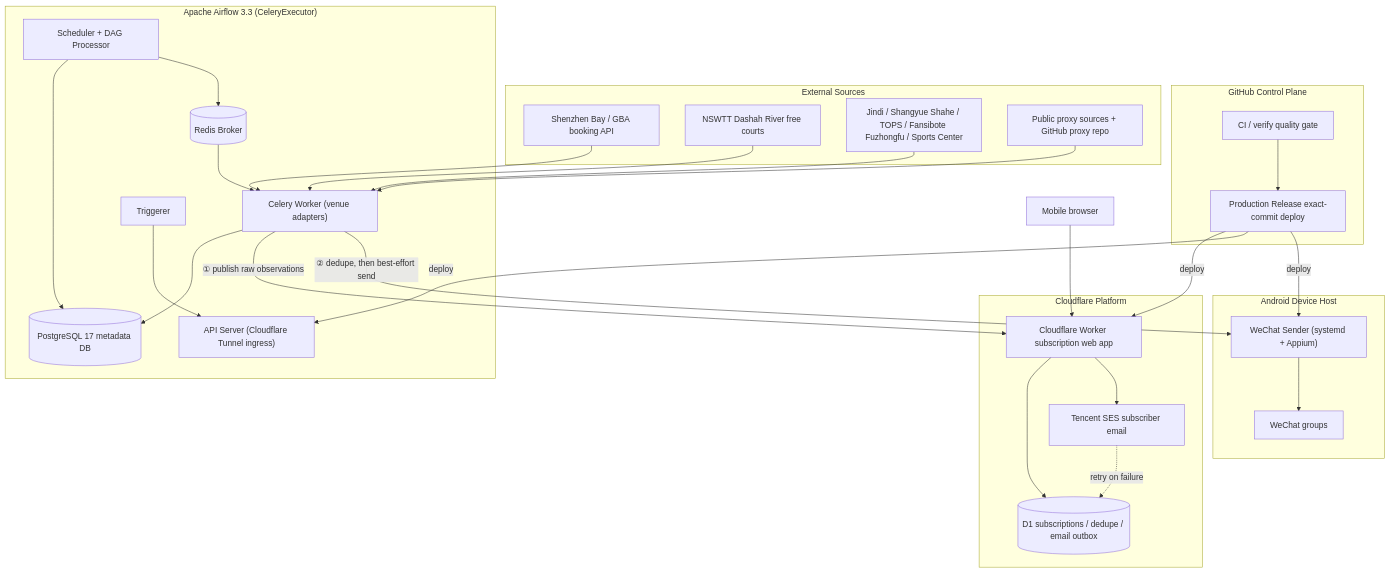
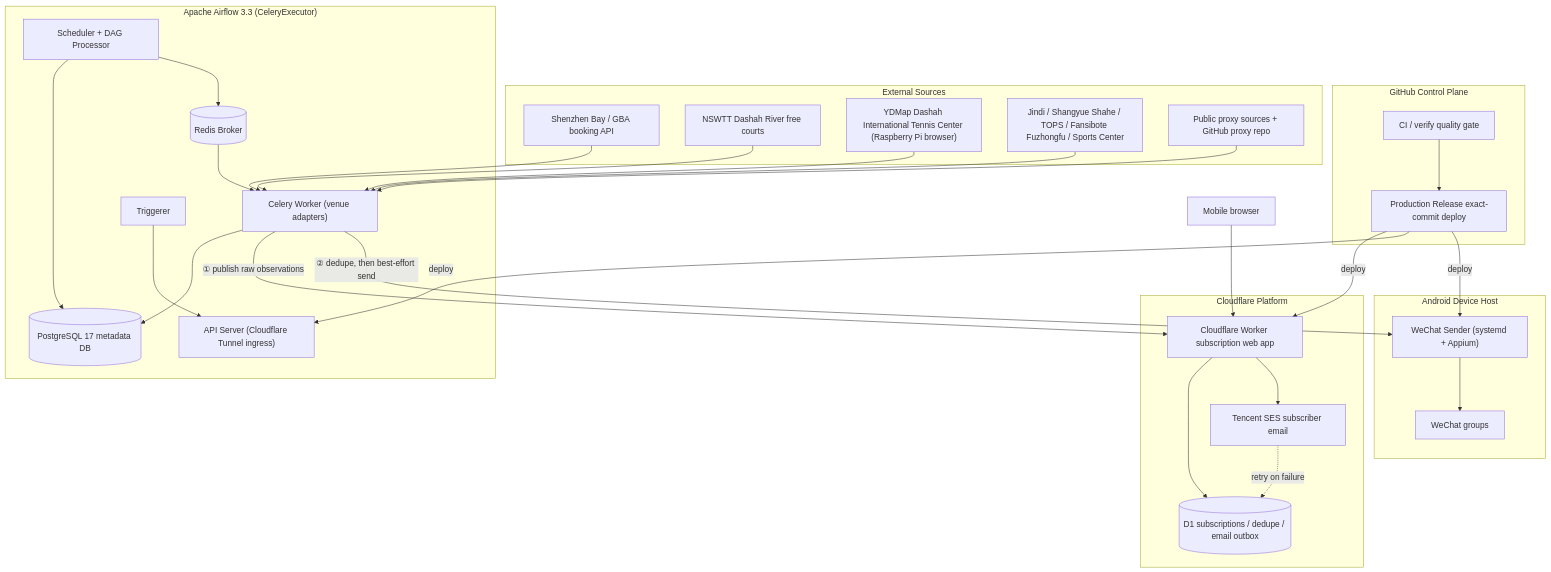
One commit to claude89757/wechat-on-airflow changed the diagram in README.en.md. Above: the diagram before and after it, drawn with Mermaid. The commit also changed other lines of this file and 40 other files, not shown here.

````diff
--- a/README.en.md
+++ b/README.en.md
@@ -24,58 +24,60 @@
 ```mermaid
 flowchart TB
     subgraph control["GitHub Control Plane"]
         CI["CI / verify quality gate"]
         Release["Production Release exact-commit deploy"]
         CI --> Release
     end
 
     subgraph sources["External Sources"]
         SZ["Shenzhen Bay / GBA booking API"]
         NSWTT["NSWTT Dashah River free courts"]
+        YDMAP["YDMap Dashah International Tennis Center (Raspberry Pi browser)"]
         VENUES["Jindi / Shangyue Shahe / TOPS / Fansibote Fuzhongfu / Sports Center"]
         PROXY["Public proxy sources + GitHub proxy repo"]
     end
 
     subgraph airflow["Apache Airflow 3.3 (CeleryExecutor)"]
         Scheduler["Scheduler + DAG Processor"]
         Worker["Celery Worker (venue adapters)"]
         Triggerer["Triggerer"]
         DB[("PostgreSQL 17 metadata DB")]
         Redis[("Redis Broker")]
         ApiSrv["API Server (Cloudflare Tunnel ingress)"]
         Scheduler --> DB
         Scheduler --> Redis
         Redis --> Worker
         Worker --> DB
         Triggerer --> ApiSrv
     end
 
     subgraph cf["Cloudflare Platform"]
         WebApp["Cloudflare Worker subscription web app"]
         D1[("D1 subscriptions / dedupe / email outbox")]
         SES["Tencent SES subscriber email"]
         WebApp --> D1
         WebApp --> SES
         SES -. retry on failure .-> D1
     end
 
     subgraph android["Android Device Host"]
         Sender["WeChat Sender (systemd + Appium)"]
         Chat["WeChat groups"]
         Sender --> Chat
     end
 
     Browser["Mobile browser"] --> WebApp
 
     SZ --> Worker
     NSWTT --> Worker
+    YDMAP --> Worker
     VENUES --> Worker
     PROXY --> Worker
 
     Worker -->|"① publish raw observations"| WebApp
     Worker -->|"② dedupe, then best-effort send"| Sender
 
     Release -->|"deploy"| WebApp
     Release -->|"deploy"| ApiSrv
     Release -->|"deploy"| Sender
 ```
````
